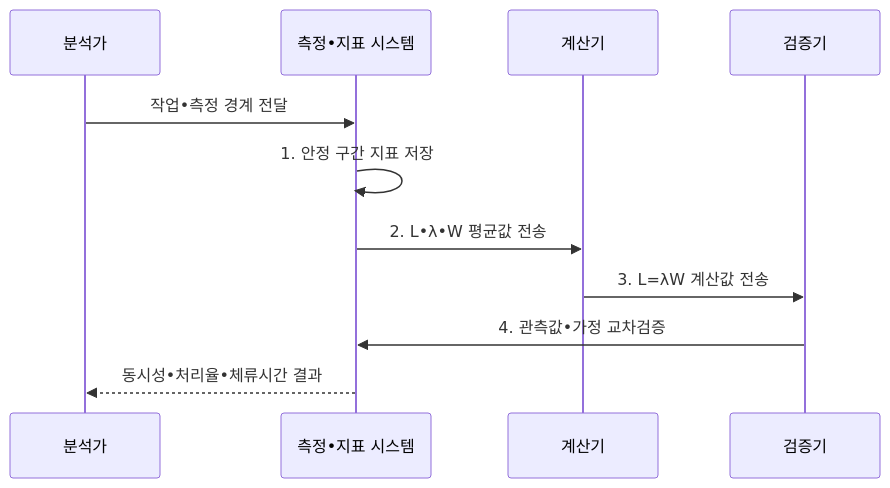
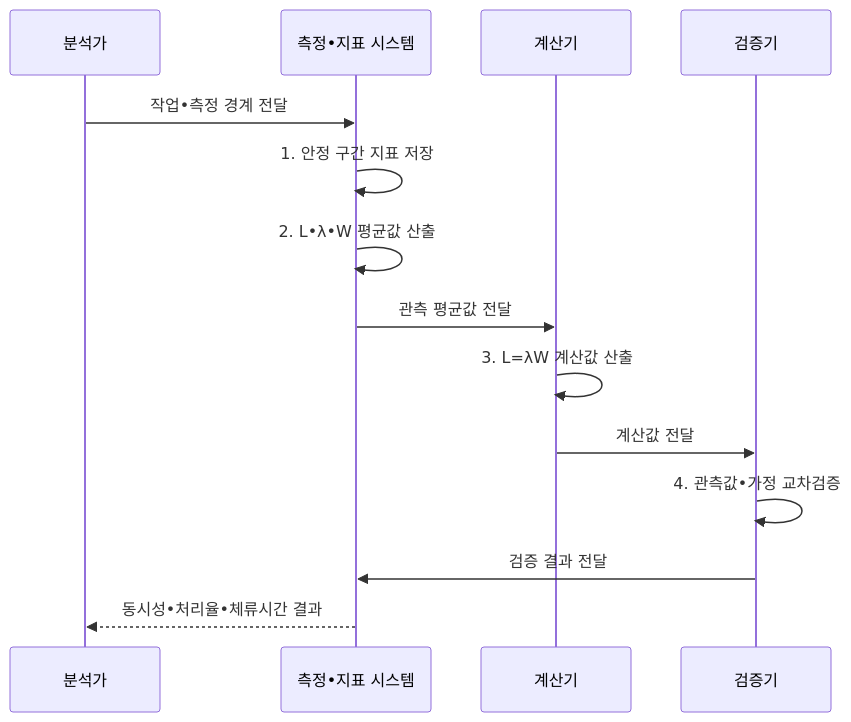
Before and after one commit to agnusdei1207/knowledge-base: the second of 2 diagrams in src/content/docs/notes/06-evaluation/004_littles_law.md, drawn with Mermaid. The commit also changed other lines of this file and 20 other files, not shown here.

````diff
--- a/src/content/docs/notes/06-evaluation/004_littles_law.md
+++ b/src/content/docs/notes/06-evaluation/004_littles_law.md
@@ -104,13 +104,16 @@
 ```mermaid
 sequenceDiagram
   participant A as 분석가
-    participant M as 측정•지표 시스템
+  participant M as 측정•지표 시스템
   participant C as 계산기
   participant V as 검증기
   A->>M: 작업•측정 경계 전달
-    M->>M: 1. 안정 구간 지표 저장
-    M->>C: 2. L•λ•W 평균값 전송
-  C->>V: 3. L=λW 계산값 전송
-  V->>M: 4. 관측값•가정 교차검증
+  M->>M: 1. 안정 구간 지표 저장
+  M->>M: 2. L•λ•W 평균값 산출
+  M->>C: 관측 평균값 전달
+  C->>C: 3. L=λW 계산값 산출
+  C->>V: 계산값 전달
+  V->>V: 4. 관측값•가정 교차검증
+  V->>M: 검증 결과 전달
   M-->>A: 동시성•처리율•체류시간 결과
 ```
````
